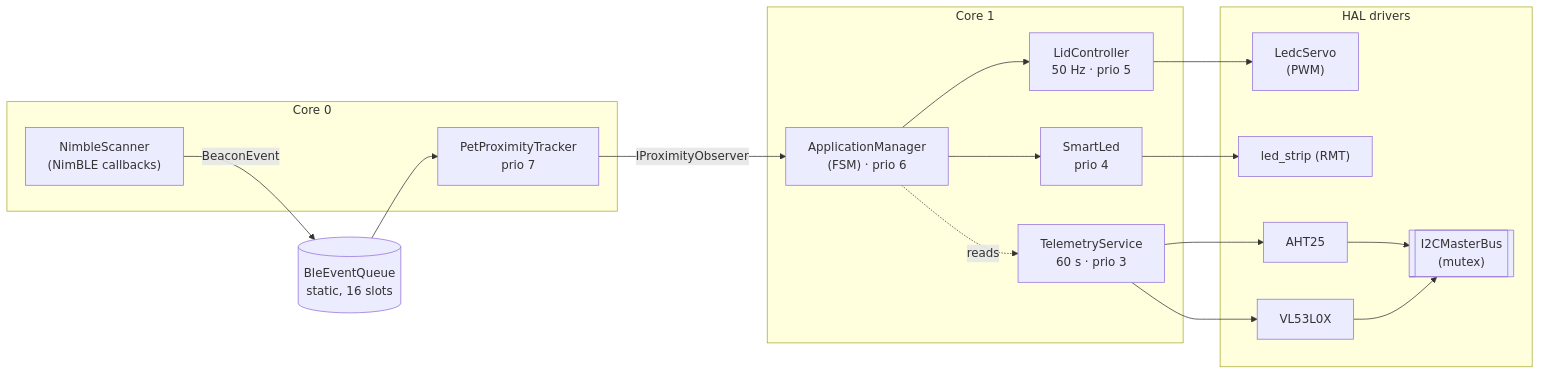
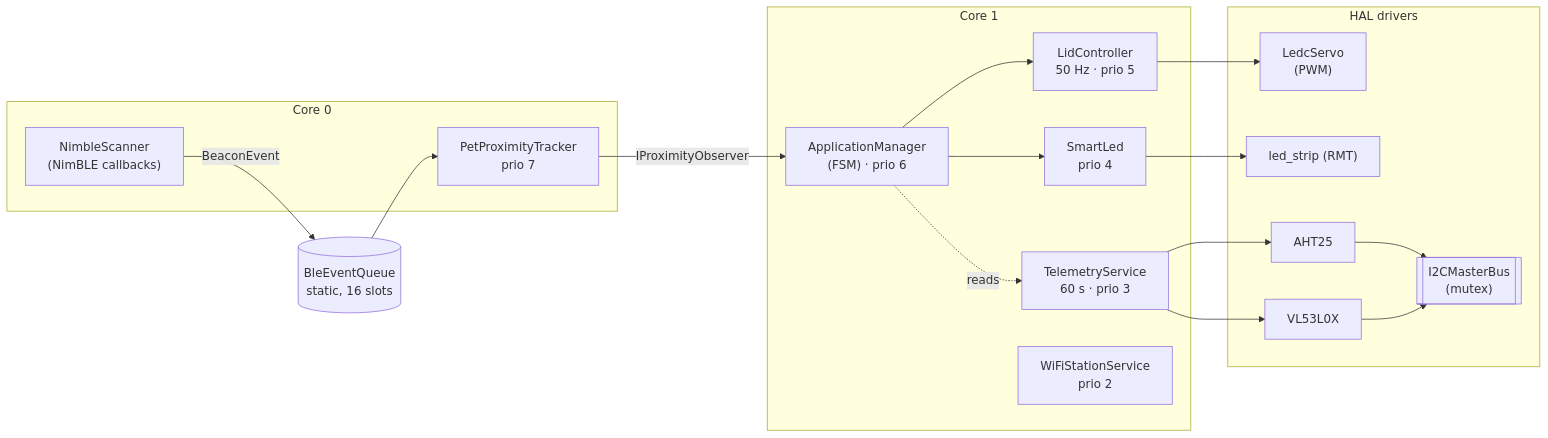
The first of 2 diagrams in docs/02_Architecture.md (JoaoBerlese/selective_pet_access), drawn with Mermaid before and after one commit. The commit also changed other lines of this file and 14 other files, not shown here.

````diff
--- a/docs/02_Architecture.md
+++ b/docs/02_Architecture.md
@@ -10,35 +10,36 @@
 ```mermaid
 flowchart LR
     subgraph Core0["Core 0"]
         NB["NimbleScanner<br/>(NimBLE callbacks)"]
         PT["PetProximityTracker<br/>prio 7"]
     end
     subgraph Core1["Core 1"]
         AM["ApplicationManager<br/>(FSM) · prio 6"]
         LC["LidController<br/>50 Hz · prio 5"]
         SL["SmartLed<br/>prio 4"]
         TS["TelemetryService<br/>60 s · prio 3"]
+        WF["WiFiStationService<br/>prio 2"]
     end
 
     NB -- "BeaconEvent" --> Q[(BleEventQueue<br/>static, 16 slots)]
     Q --> PT
     PT -- "IProximityObserver" --> AM
     AM --> LC
     AM --> SL
     AM -.reads.-> TS
 
     subgraph HAL["HAL drivers"]
         SERVO["LedcServo<br/>(PWM)"]
         LED["led_strip (RMT)"]
         I2C[["I2CMasterBus<br/>(mutex)"]]
         AHT["AHT25"]
         VL["VL53L0X"]
     end
 
     LC --> SERVO
     SL --> LED
     TS --> AHT
     TS --> VL
     AHT --> I2C
     VL --> I2C
 ```
````
